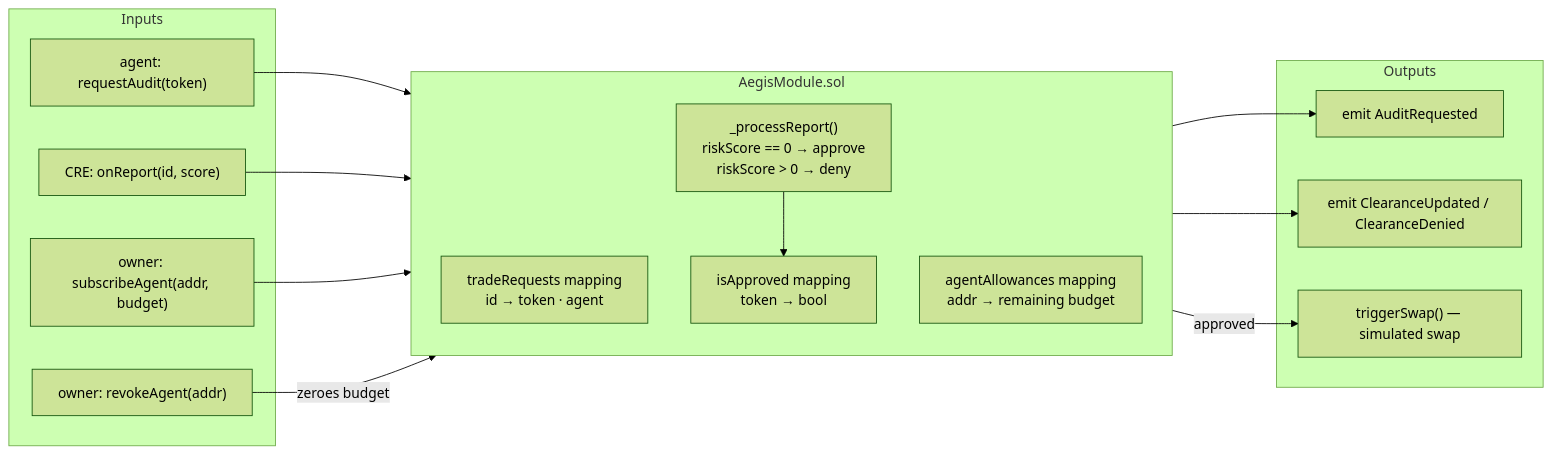
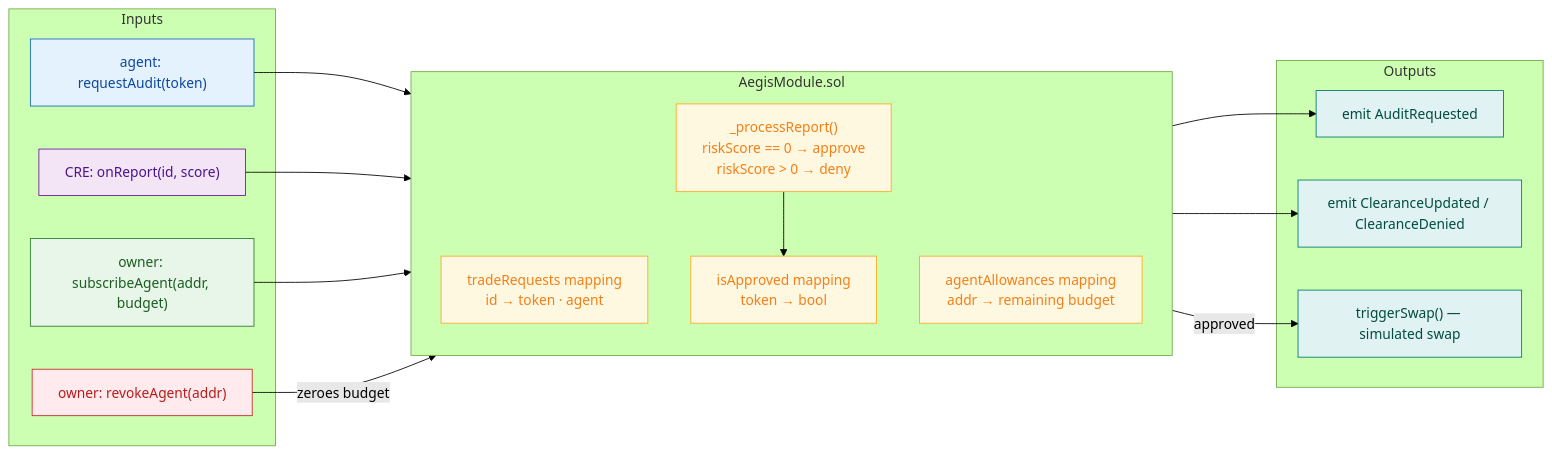
One commit to vjb/aegis-v4 changed the second of 12 diagrams in docs/ARCHITECTURE.md. Above: the diagram before and after it, drawn with Mermaid (forest theme). The commit also changed other lines of this file and 5 other files, not shown here.

Commit message:
docs: full review pass — colored mermaid diagrams, fix test counts, add sample output links

````diff
--- a/docs/ARCHITECTURE.md
+++ b/docs/ARCHITECTURE.md
@@ -30,29 +37,41 @@
 ```mermaid
 graph LR
     subgraph Inputs
         A["agent: requestAudit(token)"]
         B["CRE: onReport(id, score)"]
         C["owner: subscribeAgent(addr, budget)"]
         D["owner: revokeAgent(addr)"]
     end
 
     subgraph AegisModule.sol
         direction TB
         TR["tradeRequests mapping\nid → token · agent"]
         AA["agentAllowances mapping\naddr → remaining budget"]
         IA["isApproved mapping\ntoken → bool"]
         PP["_processReport()\nriskScore == 0 → approve\nriskScore > 0 → deny"]
     end
 
     subgraph Outputs
         E["emit AuditRequested"]
         F["emit ClearanceUpdated / ClearanceDenied"]
         G["triggerSwap() — simulated swap"]
     end
 
     A --> TR --> E
     B --> PP --> IA --> F
     IA -->|"approved"| G
     C --> AA
     D -->|"zeroes budget"| AA
+
+    style A fill:#e3f2fd,stroke:#1565c0,color:#0d47a1
+    style B fill:#f3e5f5,stroke:#6a1b9a,color:#4a148c
+    style C fill:#e8f5e9,stroke:#2e7d32,color:#1b5e20
+    style D fill:#ffebee,stroke:#c62828,color:#b71c1c
+    style TR fill:#fff8e1,stroke:#f9a825,color:#f57f17
+    style AA fill:#fff8e1,stroke:#f9a825,color:#f57f17
+    style IA fill:#fff8e1,stroke:#f9a825,color:#f57f17
+    style PP fill:#fff8e1,stroke:#f9a825,color:#f57f17
+    style E fill:#e0f2f1,stroke:#00796b,color:#004d40
+    style F fill:#e0f2f1,stroke:#00796b,color:#004d40
+    style G fill:#e0f2f1,stroke:#00796b,color:#004d40
 ```
````
